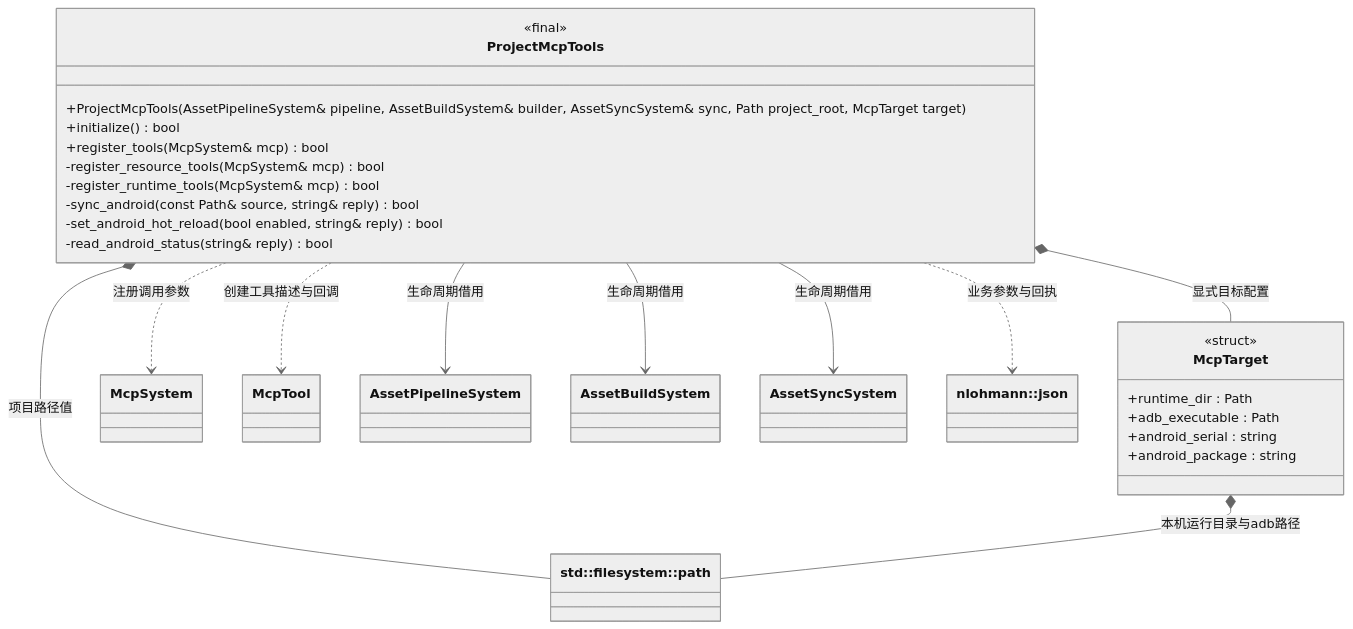
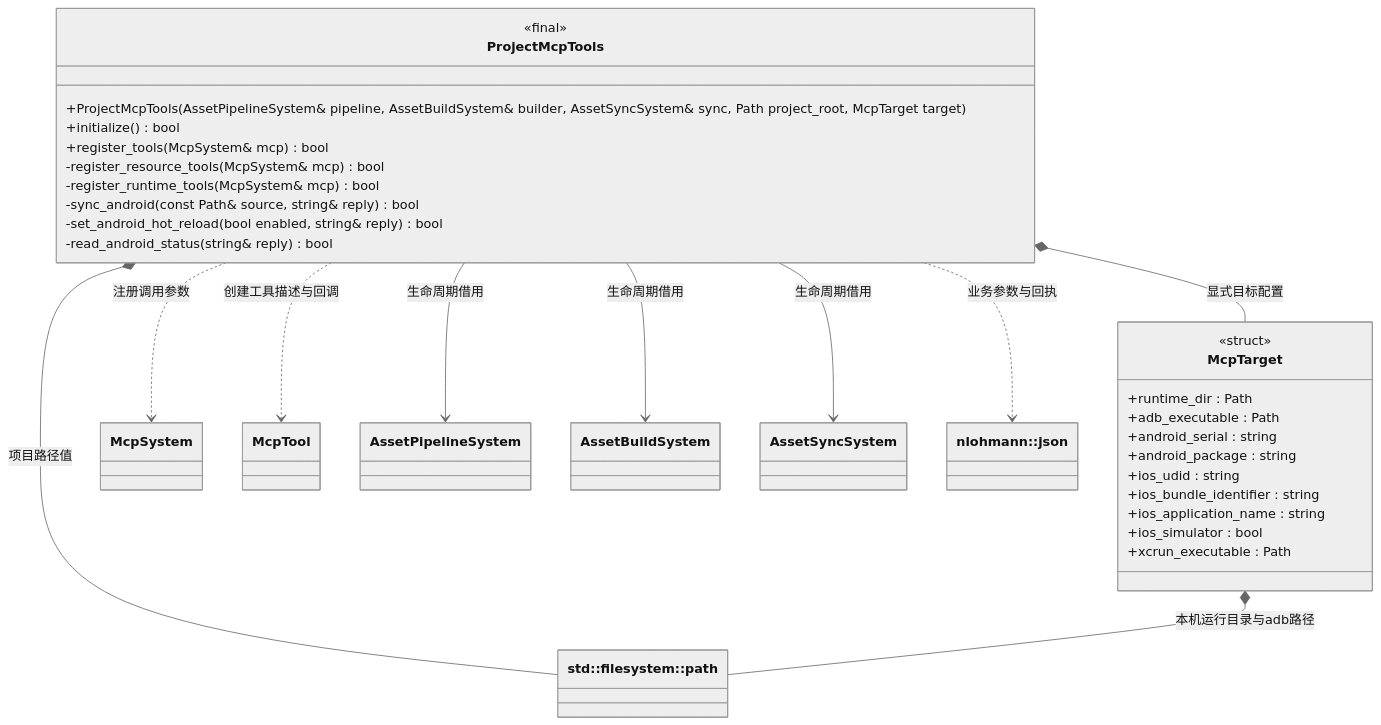
Before and after one commit to lcals/Engine: the first of 2 diagrams in docs/plugins/editor/class-diagrams/project-mcp-tools.md, drawn with Mermaid (neutral theme). The commit also changed other lines of this file and 79 other files, not shown here.

````diff
--- a/docs/plugins/editor/class-diagrams/project-mcp-tools.md
+++ b/docs/plugins/editor/class-diagrams/project-mcp-tools.md
@@ -9,38 +9,43 @@
 ```mermaid
 classDiagram
     direction TB
     class ProjectMcpTools {
         <<final>>
         +ProjectMcpTools(AssetPipelineSystem& pipeline, AssetBuildSystem& builder, AssetSyncSystem& sync, Path project_root, McpTarget target)
         +initialize() bool
         +register_tools(McpSystem& mcp) bool
         -register_resource_tools(McpSystem& mcp) bool
         -register_runtime_tools(McpSystem& mcp) bool
         -sync_android(const Path& source, string& reply) bool
         -set_android_hot_reload(bool enabled, string& reply) bool
         -read_android_status(string& reply) bool
     }
     class McpTarget {
         <<struct>>
         +runtime_dir : Path
         +adb_executable : Path
         +android_serial : string
         +android_package : string
+        +ios_udid : string
+        +ios_bundle_identifier : string
+        +ios_application_name : string
+        +ios_simulator : bool
+        +xcrun_executable : Path
     }
     class McpSystem
     class McpTool
     class AssetPipelineSystem
     class AssetBuildSystem
     class AssetSyncSystem
     class Path["std::filesystem::path"]
     class Json["nlohmann::json"]
     ProjectMcpTools *-- McpTarget : 显式目标配置
     ProjectMcpTools *-- Path : 项目路径值
     ProjectMcpTools --> AssetPipelineSystem : 生命周期借用
     ProjectMcpTools --> AssetBuildSystem : 生命周期借用
     ProjectMcpTools --> AssetSyncSystem : 生命周期借用
     ProjectMcpTools ..> McpSystem : 注册调用参数
     ProjectMcpTools ..> McpTool : 创建工具描述与回调
     ProjectMcpTools ..> Json : 业务参数与回执
     McpTarget *-- Path : 本机运行目录与adb路径
 ```
````
